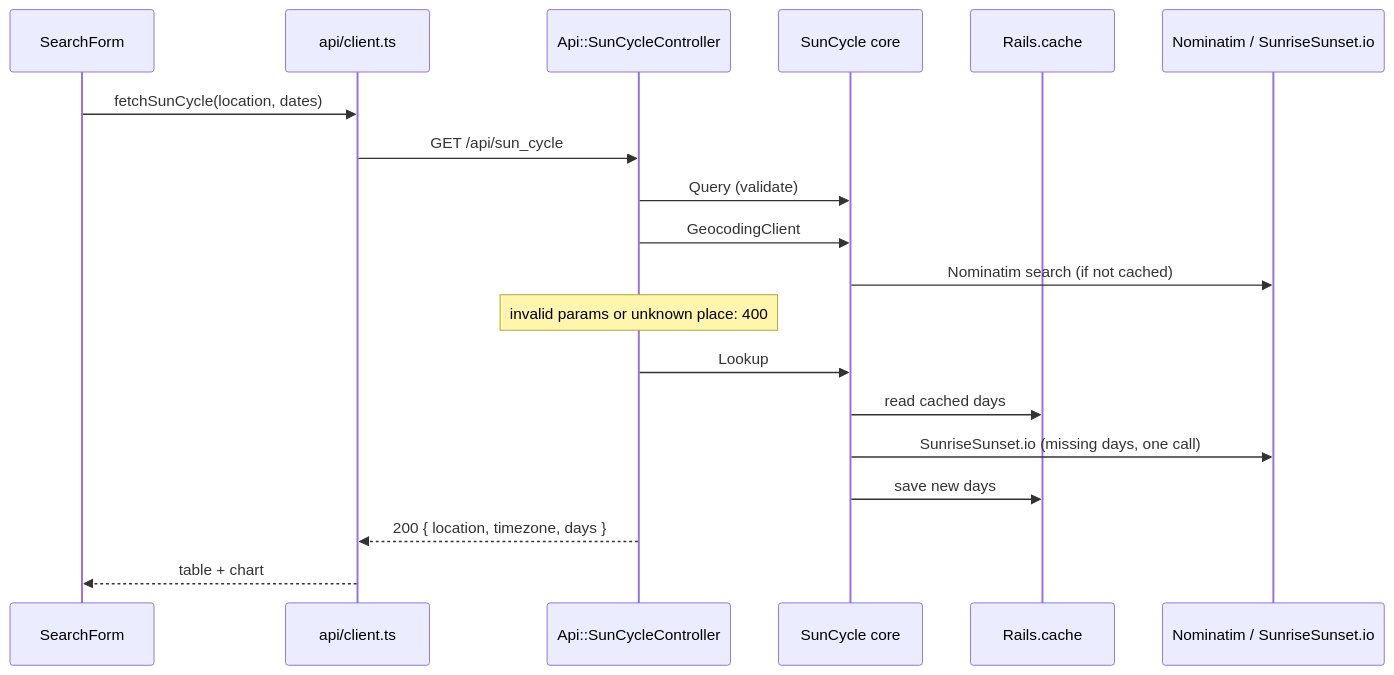
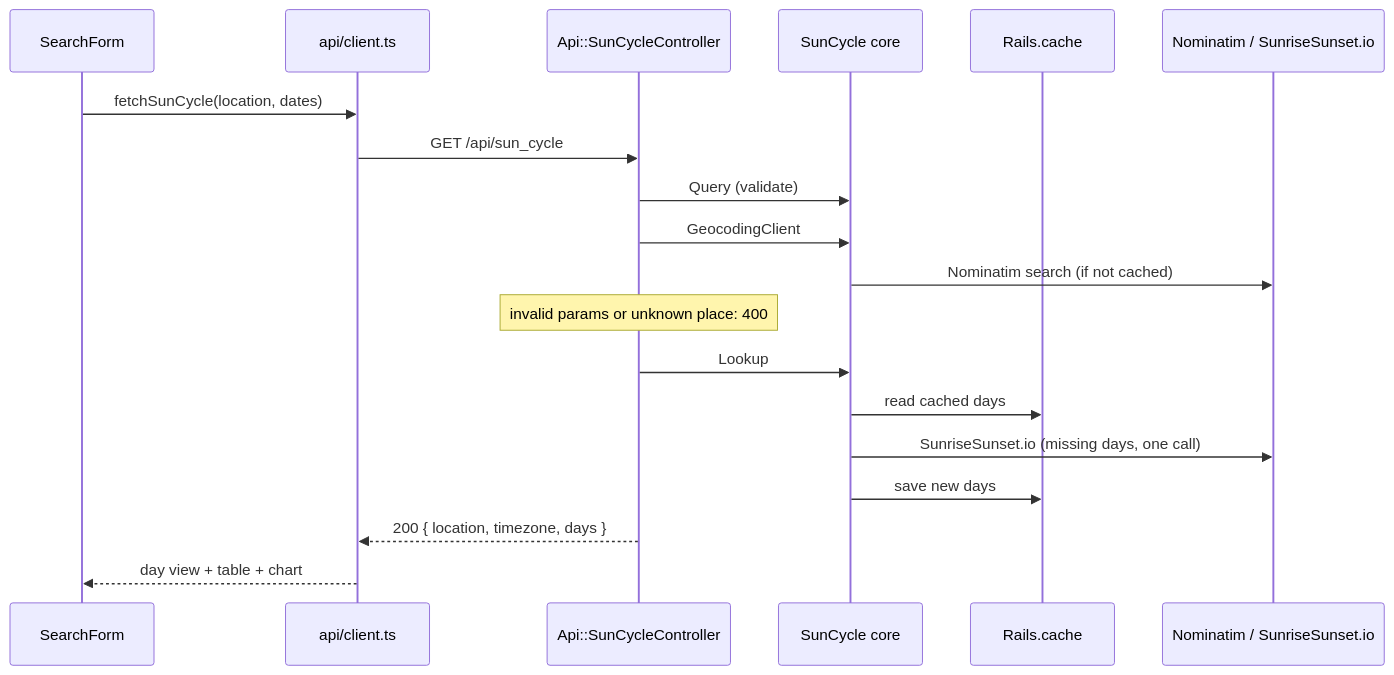
Before and after one commit to GearXnico/sunsapp: the diagram in README.md, drawn with Mermaid. The commit also changed other lines of this file and 16 other files, not shown here.

First line of the commit message:
feat: add the day sky view with the line chart behind a button

````diff
--- a/README.md
+++ b/README.md
@@ -64,21 +65,21 @@
 ```mermaid
 sequenceDiagram
   participant UI as SearchForm
   participant Client as api/client.ts
   participant Ctrl as Api::SunCycleController
   participant Core as SunCycle core
   participant DB as Rails.cache
   participant Ext as Nominatim / SunriseSunset.io
   UI->>Client: fetchSunCycle(location, dates)
   Client->>Ctrl: GET /api/sun_cycle
   Ctrl->>Core: Query (validate)
   Ctrl->>Core: GeocodingClient
   Core->>Ext: Nominatim search (if not cached)
   Note over Ctrl: invalid params or unknown place: 400
   Ctrl->>Core: Lookup
   Core->>DB: read cached days
   Core->>Ext: SunriseSunset.io (missing days, one call)
   Core->>DB: save new days
   Ctrl-->>Client: 200 { location, timezone, days }
-  Client-->>UI: table + chart
+  Client-->>UI: day view + table + chart
 ```
````
